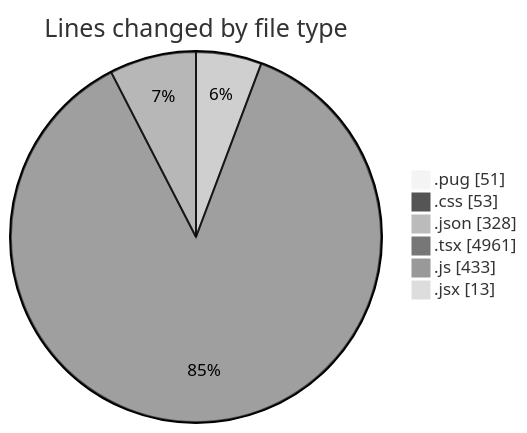
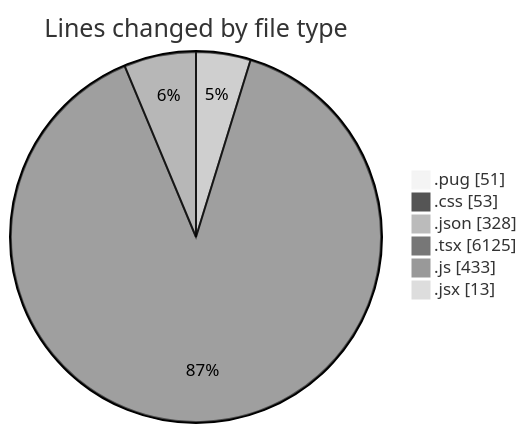
One commit to momahboobian/code-tracking changed the first of 2 diagrams in 2025-11-06/cda/README.md. Above: the diagram before and after it, drawn with Mermaid (neutral theme). The commit also changed other lines of this file and 1 other file, not shown here.

````diff
--- a/2025-11-06/cda/README.md
+++ b/2025-11-06/cda/README.md
@@ -40,10 +40,10 @@
 ```mermaid
 pie showData
 title Lines changed by file type
 ".pug" : 51
 ".css" : 53
 ".json" : 328
-".tsx" : 4961
+".tsx" : 6125
 ".js" : 433
 ".jsx" : 13
 ```
````
